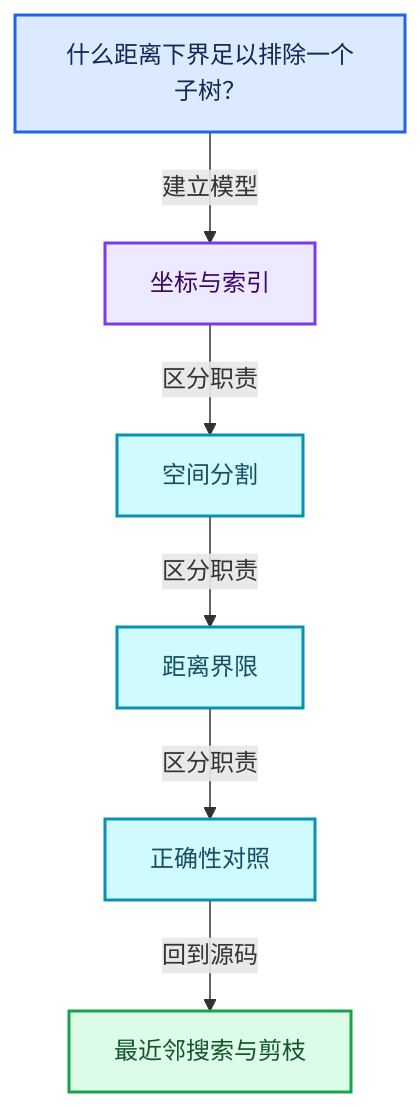
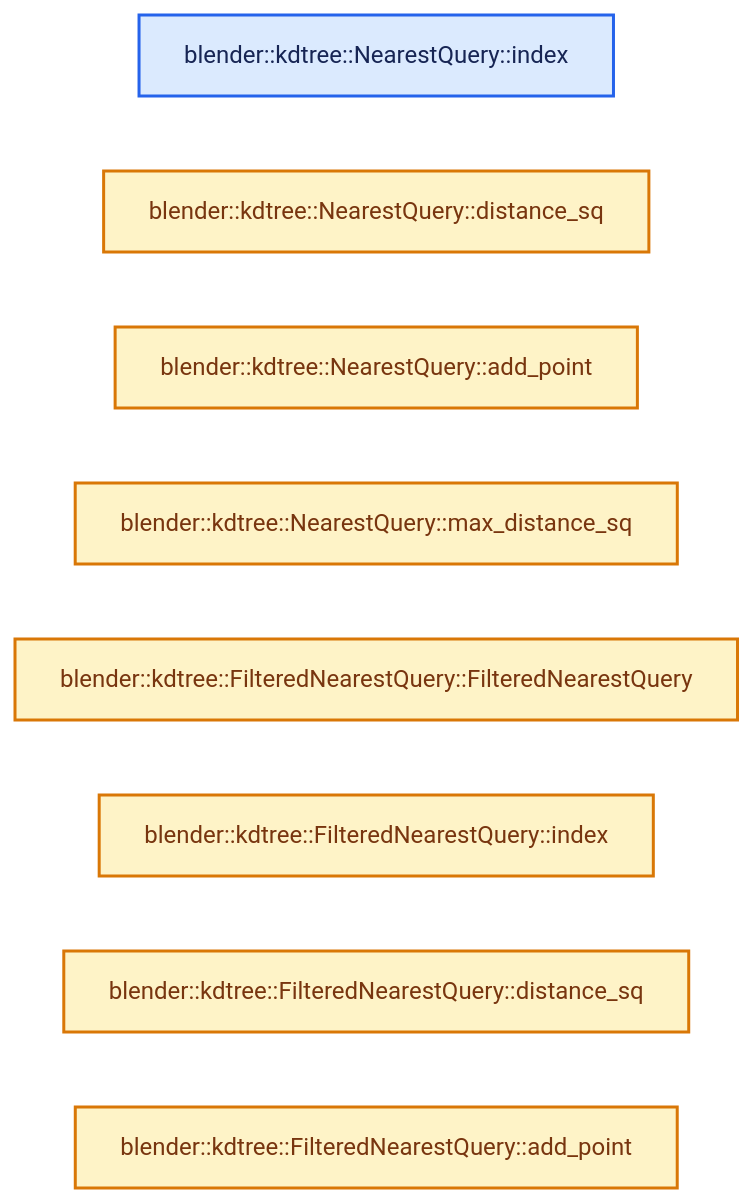
Before and after one commit to yunkezengren/blender-.vscode: the second of 4 diagrams in 杂/markdown/全面学习-codex/12-空间数据结构与几何算法/04-最近邻搜索与剪枝.md, drawn with Mermaid. The commit also changed other lines of this file and 1930 other files, not shown here.

````diff
--- a/杂/markdown/全面学习-codex/12-空间数据结构与几何算法/04-最近邻搜索与剪枝.md
+++ b/杂/markdown/全面学习-codex/12-空间数据结构与几何算法/04-最近邻搜索与剪枝.md
@@ -61,20 +46,17 @@
 ```mermaid
-flowchart TB
-  Q["什么距离下界足以排除一个子树？"]:::input
-  C0["坐标与索引"]:::abstraction
-  C1["空间分割"]:::data
-  C2["距离界限"]:::data
-  C3["正确性对照"]:::data
-  R["最近邻搜索与剪枝"]:::result
-  Q -->|"建立模型"| C0
-  C0 -->|"区分职责"| C1
-  C1 -->|"区分职责"| C2
-  C2 -->|"区分职责"| C3
-  C3 -->|"回到源码"| R
+flowchart LR
+  F0["blender::kdtree::NearestQuery::index"]:::input
+  F1["blender::kdtree::NearestQuery::distance_sq"]:::compute
+  F2["blender::kdtree::NearestQuery::add_point"]:::compute
+  F3["blender::kdtree::NearestQuery::max_distance_sq"]:::compute
+  F4["blender::kdtree::FilteredNearestQuery::FilteredNearestQuery"]:::compute
+  F5["blender::kdtree::FilteredNearestQuery::index"]:::compute
+  F6["blender::kdtree::FilteredNearestQuery::distance_sq"]:::compute
+  F7["blender::kdtree::FilteredNearestQuery::add_point"]:::compute
   classDef input fill:#DBEAFE,stroke:#2563EB,color:#172554,stroke-width:2px;
   classDef data fill:#CFFAFE,stroke:#0891B2,color:#164E63,stroke-width:2px;
   classDef abstraction fill:#EDE9FE,stroke:#7C3AED,color:#3B0764,stroke-width:2px;
   classDef compute fill:#FEF3C7,stroke:#D97706,color:#78350F,stroke-width:2px;
   classDef result fill:#DCFCE7,stroke:#16A34A,color:#14532D,stroke-width:2px;
   classDef error fill:#FEE2E2,stroke:#DC2626,color:#7F1D1D,stroke-width:2px;
 ```
````
